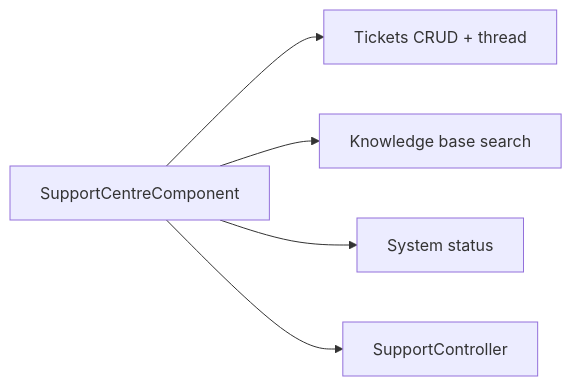
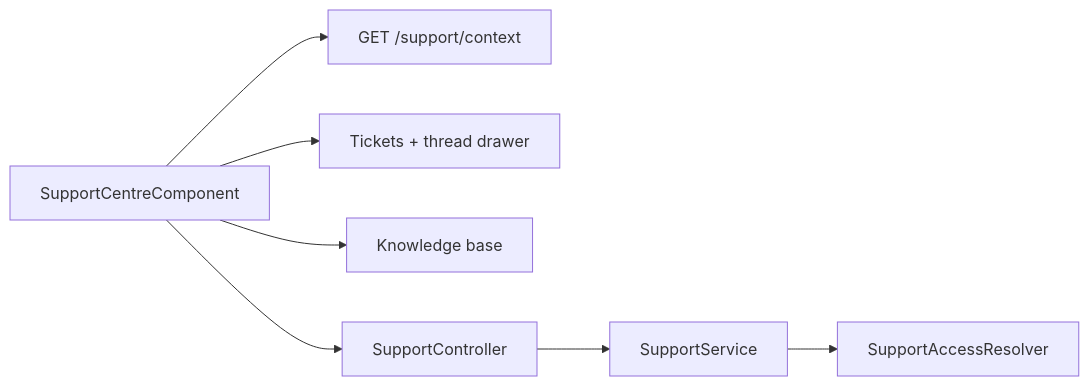
The diagram in docs/workflow/support-workflow.md (ermanjeetsingh777/Lexora), drawn with Mermaid before and after one commit. The commit also changed other lines of this file and 8 other files, not shown here.

````diff
--- a/docs/workflow/support-workflow.md
+++ b/docs/workflow/support-workflow.md
@@ -13,7 +13,9 @@
 ```mermaid
 flowchart LR
-  SC[SupportCentreComponent] --> T[Tickets CRUD + thread]
-  SC --> KB[Knowledge base search]
-  SC --> ST[System status]
+  SC[SupportCentreComponent] --> CTX[GET /support/context]
+  SC --> T[Tickets + thread drawer]
+  SC --> KB[Knowledge base]
   SC --> API[SupportController]
+  API --> SVC[SupportService]
+  SVC --> AR[SupportAccessResolver]
 ```
````
